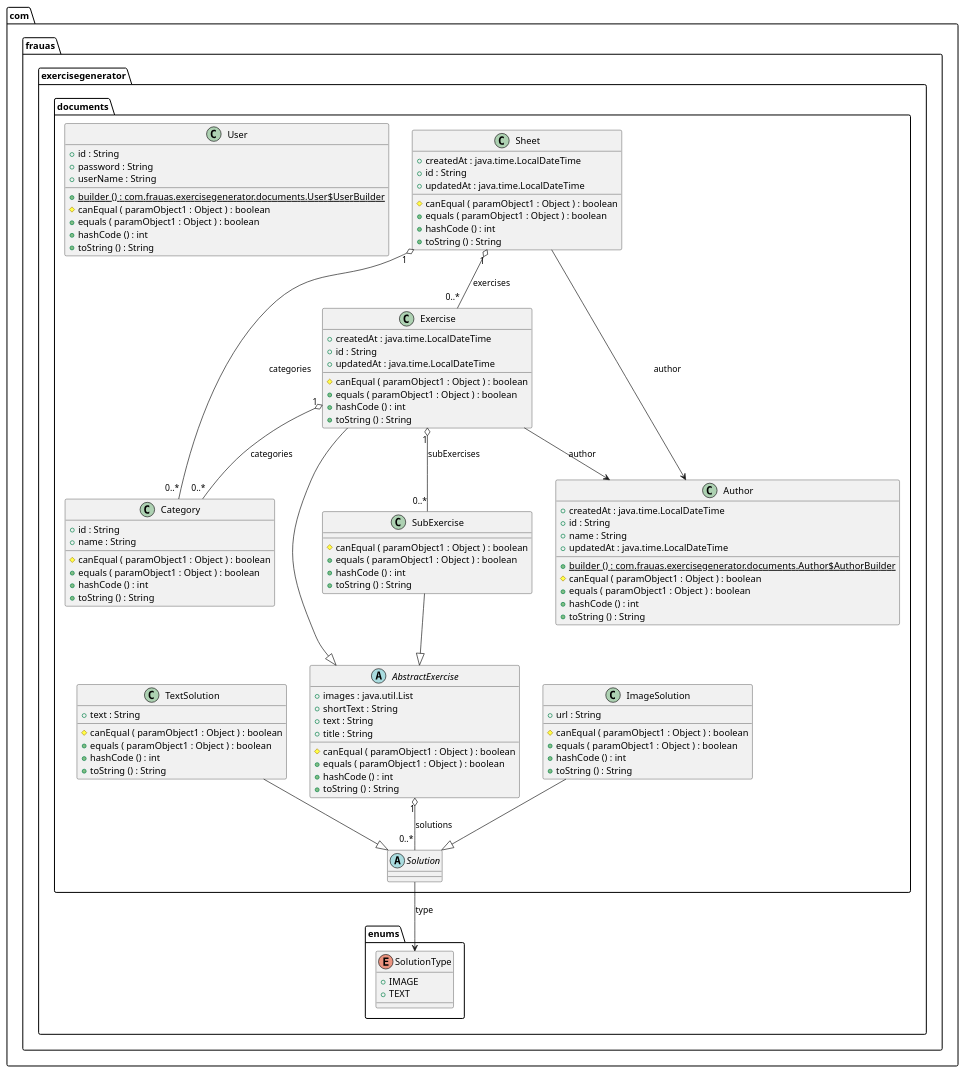
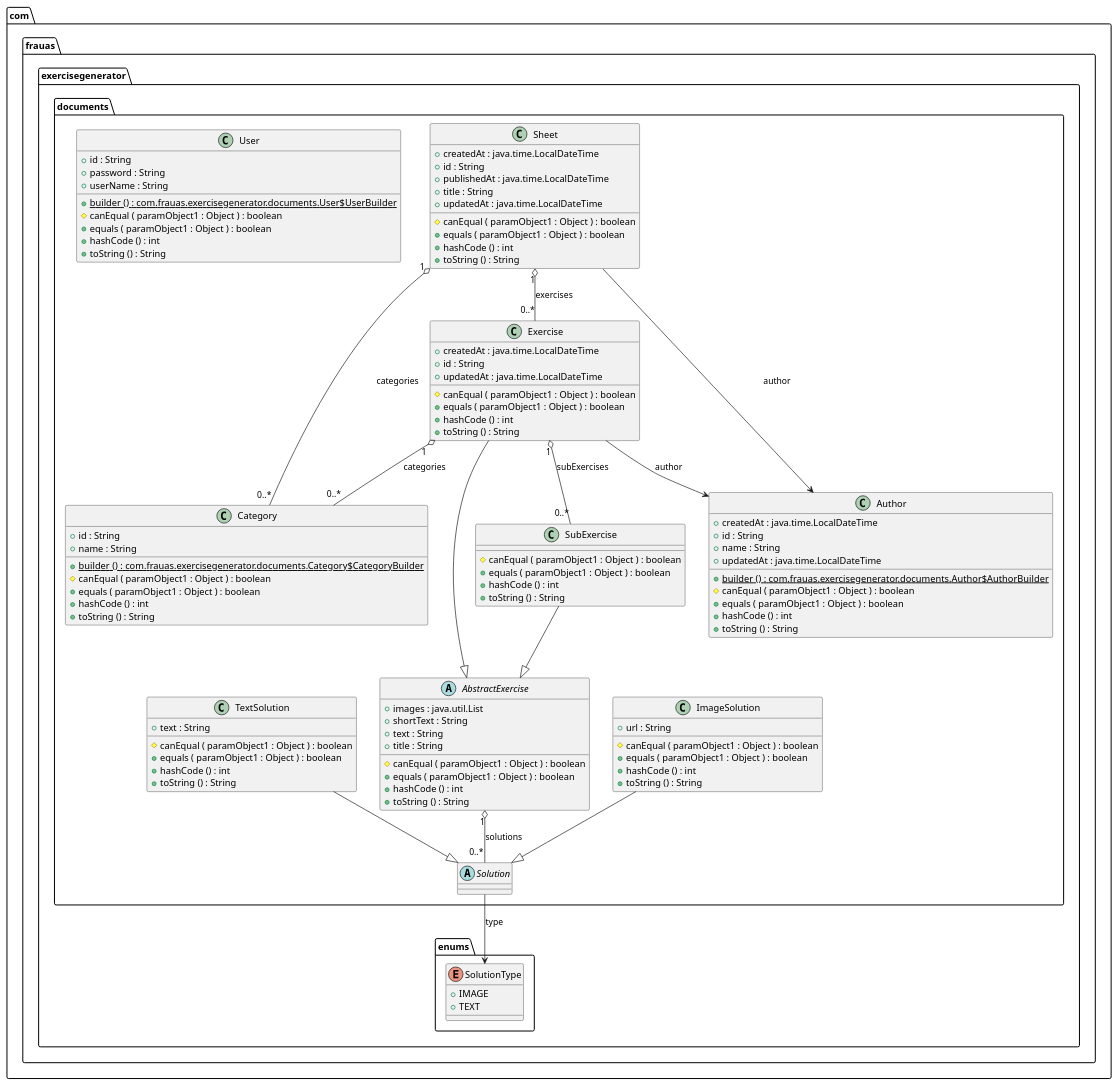
The diagram in doc/diagram.puml (CarlaHofmann/exercise-generator-be), drawn with PlantUML before and after one commit. The commit also changed 16 other files, not shown here.

```diff
--- a/doc/diagram.puml
+++ b/doc/diagram.puml
@@ -1,124 +1,127 @@
 @startuml
 
 abstract class com.frauas.exercisegenerator.documents.AbstractExercise {
 	{field} +images : java.util.List
 	{field} +shortText : String
 	{field} +text : String
 	{field} +title : String
 	{method} #canEqual ( paramObject1 : Object ) : boolean
 	{method} +equals ( paramObject1 : Object ) : boolean
 	{method} +hashCode () : int
 	{method} +toString () : String
 }
 
 
 class com.frauas.exercisegenerator.documents.Author {
 	{field} +createdAt : java.time.LocalDateTime
 	{field} +id : String
 	{field} +name : String
 	{field} +updatedAt : java.time.LocalDateTime
 	{method}  {static} +builder () : com.frauas.exercisegenerator.documents.Author$AuthorBuilder
 	{method} #canEqual ( paramObject1 : Object ) : boolean
 	{method} +equals ( paramObject1 : Object ) : boolean
 	{method} +hashCode () : int
 	{method} +toString () : String
 }
 
 
 class com.frauas.exercisegenerator.documents.Category {
 	{field} +id : String
 	{field} +name : String
+	{method}  {static} +builder () : com.frauas.exercisegenerator.documents.Category$CategoryBuilder
 	{method} #canEqual ( paramObject1 : Object ) : boolean
 	{method} +equals ( paramObject1 : Object ) : boolean
 	{method} +hashCode () : int
 	{method} +toString () : String
 }
 
 
 class com.frauas.exercisegenerator.documents.Exercise {
 	{field} +createdAt : java.time.LocalDateTime
 	{field} +id : String
 	{field} +updatedAt : java.time.LocalDateTime
 	{method} #canEqual ( paramObject1 : Object ) : boolean
 	{method} +equals ( paramObject1 : Object ) : boolean
 	{method} +hashCode () : int
 	{method} +toString () : String
 }
 
 
 class com.frauas.exercisegenerator.documents.ImageSolution {
 	{field} +url : String
 	{method} #canEqual ( paramObject1 : Object ) : boolean
 	{method} +equals ( paramObject1 : Object ) : boolean
 	{method} +hashCode () : int
 	{method} +toString () : String
 }
 
 
 class com.frauas.exercisegenerator.documents.Sheet {
 	{field} +createdAt : java.time.LocalDateTime
 	{field} +id : String
+	{field} +publishedAt : java.time.LocalDateTime
+	{field} +title : String
 	{field} +updatedAt : java.time.LocalDateTime
 	{method} #canEqual ( paramObject1 : Object ) : boolean
 	{method} +equals ( paramObject1 : Object ) : boolean
 	{method} +hashCode () : int
 	{method} +toString () : String
 }
 
 
 abstract class com.frauas.exercisegenerator.documents.Solution {
 }
 
 
 class com.frauas.exercisegenerator.documents.SubExercise {
 	{method} #canEqual ( paramObject1 : Object ) : boolean
 	{method} +equals ( paramObject1 : Object ) : boolean
 	{method} +hashCode () : int
 	{method} +toString () : String
 }
 
 
 class com.frauas.exercisegenerator.documents.TextSolution {
 	{field} +text : String
 	{method} #canEqual ( paramObject1 : Object ) : boolean
 	{method} +equals ( paramObject1 : Object ) : boolean
 	{method} +hashCode () : int
 	{method} +toString () : String
 }
 
 
 class com.frauas.exercisegenerator.documents.User {
 	{field} +id : String
 	{field} +password : String
 	{field} +userName : String
 	{method}  {static} +builder () : com.frauas.exercisegenerator.documents.User$UserBuilder
 	{method} #canEqual ( paramObject1 : Object ) : boolean
 	{method} +equals ( paramObject1 : Object ) : boolean
 	{method} +hashCode () : int
 	{method} +toString () : String
 }
 
 
 enum com.frauas.exercisegenerator.enums.SolutionType {
 	{field} +IMAGE
 	{field} +TEXT
 }
 
 
 
 
 com.frauas.exercisegenerator.documents.AbstractExercise "1" o-- "0..*"  com.frauas.exercisegenerator.documents.Solution : solutions
 com.frauas.exercisegenerator.documents.Exercise "1" o-- "0..*"  com.frauas.exercisegenerator.documents.Category : categories
 com.frauas.exercisegenerator.documents.Exercise "1" o-- "0..*"  com.frauas.exercisegenerator.documents.SubExercise : subExercises
 com.frauas.exercisegenerator.documents.Exercise -->  com.frauas.exercisegenerator.documents.Author : author
 com.frauas.exercisegenerator.documents.Exercise --|>  com.frauas.exercisegenerator.documents.AbstractExercise
 com.frauas.exercisegenerator.documents.ImageSolution --|>  com.frauas.exercisegenerator.documents.Solution
 com.frauas.exercisegenerator.documents.Sheet "1" o-- "0..*"  com.frauas.exercisegenerator.documents.Category : categories
 com.frauas.exercisegenerator.documents.Sheet "1" o-- "0..*"  com.frauas.exercisegenerator.documents.Exercise : exercises
 com.frauas.exercisegenerator.documents.Sheet -->  com.frauas.exercisegenerator.documents.Author : author
 com.frauas.exercisegenerator.documents.Solution -->  com.frauas.exercisegenerator.enums.SolutionType : type
 com.frauas.exercisegenerator.documents.SubExercise --|>  com.frauas.exercisegenerator.documents.AbstractExercise
 com.frauas.exercisegenerator.documents.TextSolution --|>  com.frauas.exercisegenerator.documents.Solution
 
 
 @enduml
```
